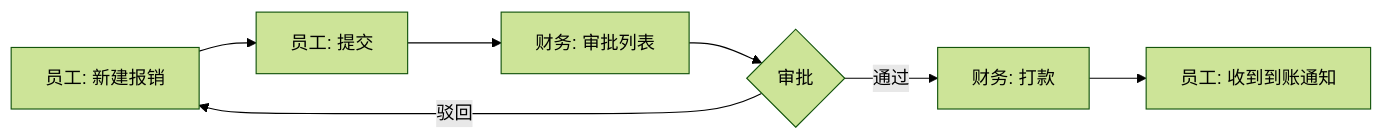
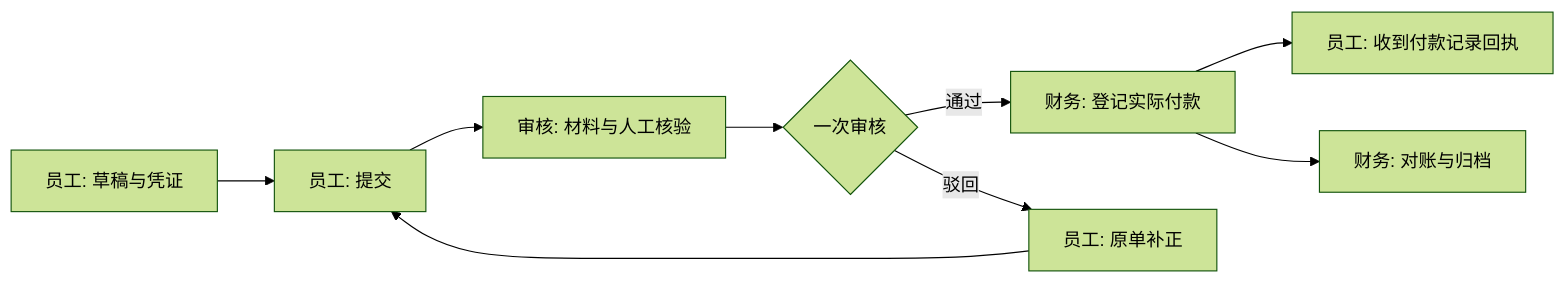
Before and after one commit to BruceChu0424/utenelec_imp: the third of 4 diagrams in docs/03-页面/页面总览.md, drawn with Mermaid (forest theme). The commit also changed other lines of this file and 737 other files, not shown here.

````diff
--- a/docs/03-页面/页面总览.md
+++ b/docs/03-页面/页面总览.md
@@ -361,9 +362,11 @@
 ```mermaid
 flowchart LR
-    E1[员工: 新建报销] --> E2[员工: 提交]
-    E2 --> F1[财务: 审批列表]
-    F1 --> F2{审批}
-    F2 -->|通过| F3[财务: 打款]
-    F2 -->|驳回| E1
-    F3 --> E3[员工: 收到到账通知]
+    E1[员工: 草稿与凭证] --> E2[员工: 提交]
+    E2 --> F1[审核: 材料与人工核验]
+    F1 --> F2{一次审核}
+    F2 -->|通过| F3[财务: 登记实际付款]
+    F2 -->|驳回| E4[员工: 原单补正]
+    E4 --> E2
+    F3 --> E3[员工: 收到付款记录回执]
+    F3 --> F4[财务: 对账与归档]
 ```
````
